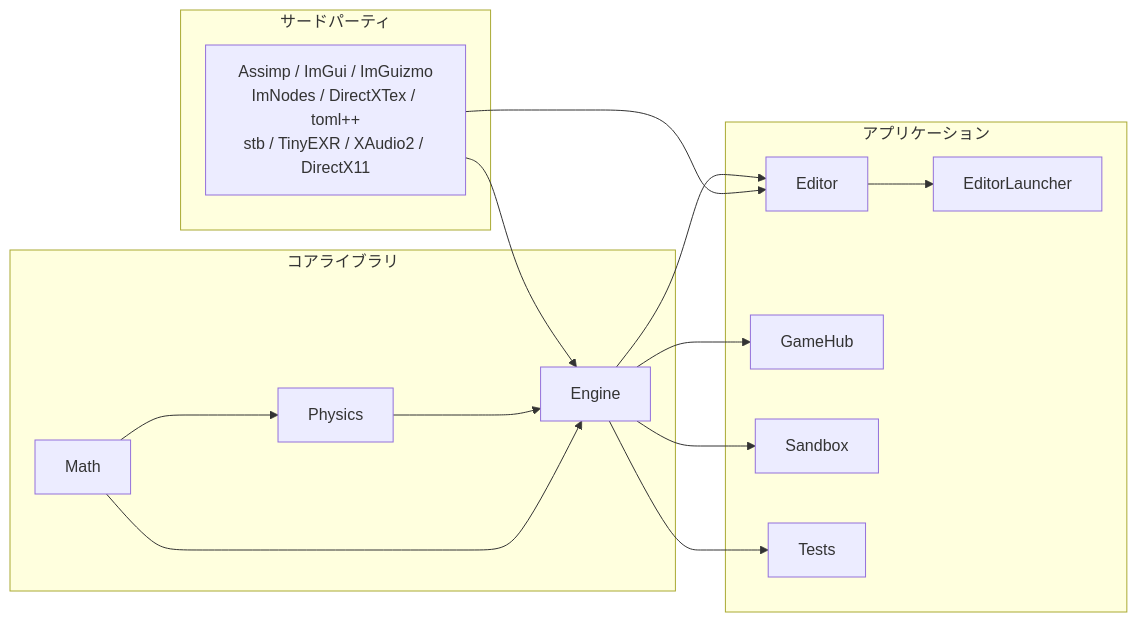
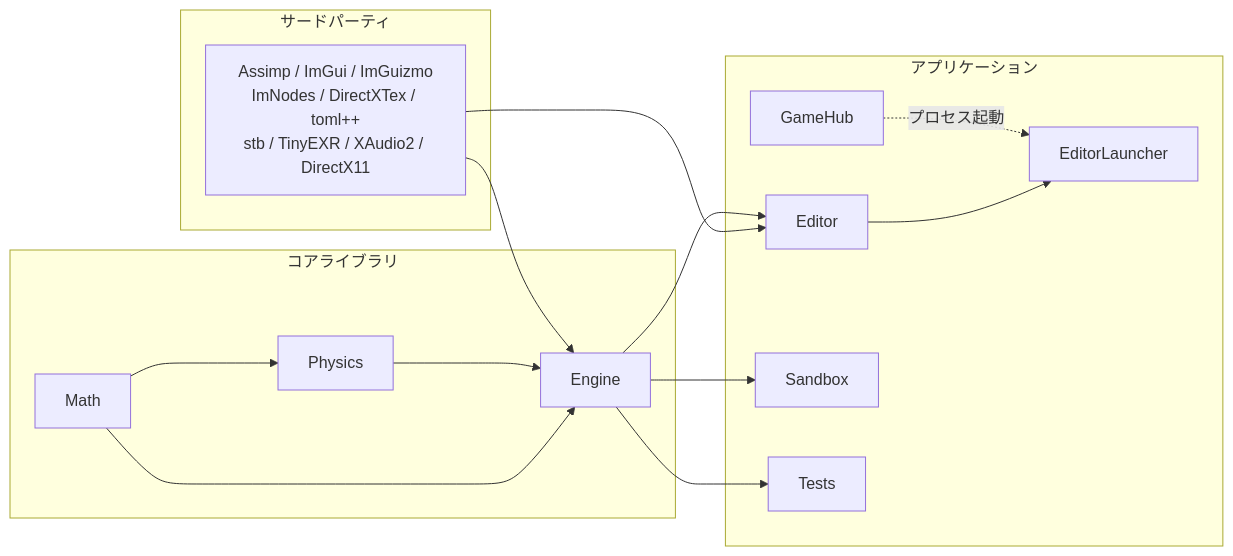
Before and after one commit to HasegawaJin/FBZZ_Engine: the first of 3 diagrams in README.md, drawn with Mermaid. The commit also changed other lines of this file and 1570 other files, not shown here.

````diff
--- a/README.md
+++ b/README.md
@@ -423,31 +423,31 @@
 ```mermaid
 graph LR
     subgraph サードパーティ
         TP["Assimp / ImGui / ImGuizmo\nImNodes / DirectXTex / toml++\nstb / TinyEXR / XAudio2 / DirectX11"]
     end
 
     subgraph コアライブラリ
         Math
         Physics
         Engine
     end
 
     subgraph アプリケーション
         Editor
         EditorLauncher
         GameHub
         Sandbox
         Tests
     end
 
     Math --> Physics
     Math --> Engine
     Physics --> Engine
     TP --> Engine
     TP --> Editor
     Engine --> Editor
-    Engine --> GameHub
     Engine --> Sandbox
     Engine --> Tests
     Editor --> EditorLauncher
+    GameHub -. プロセス起動 .-> EditorLauncher
 ```
````
